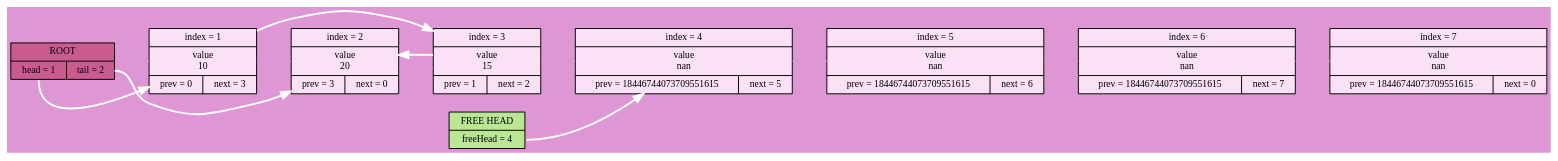
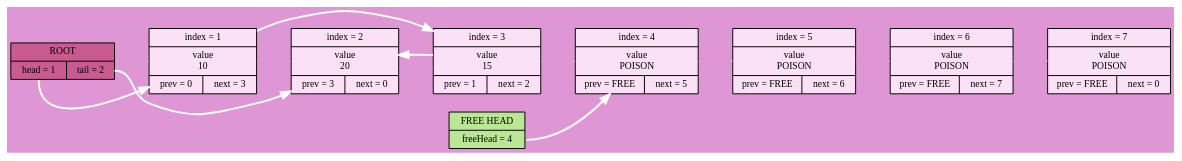
The diagram in log/dot/iter5.dot (Wool5443/LinkedList), drawn with Graphviz before and after one commit. The commit also changed 38 other files, not shown here.

```diff
--- a/log/dot/iter5.dot
+++ b/log/dot/iter5.dot
@@ -1,20 +1,20 @@
 digraph
 {
 rankdir = LR;
 node[shape = record, color = "#000000", fontname = "Fira Code Bold", fontsize = 10];
 bgcolor = "#de97d4";
 ROOT[style = "filled", fillcolor = "#c95b90", label = "ROOT|{<head>head = 1|<tail>tail = 2}"];
 FREE_HEAD[style = "filled", fillcolor = "#b9e793", label = "FREE HEAD|<freeHead>freeHead = 4"];
 CELL_1[style = "filled", fillcolor = "#fae1f6", label = "index = 1|value\n10|{prev = 0|next = 3}"];
 CELL_2[style = "filled", fillcolor = "#fae1f6", label = "index = 2|value\n20|{prev = 3|next = 0}"];
 CELL_3[style = "filled", fillcolor = "#fae1f6", label = "index = 3|value\n15|{prev = 1|next = 2}"];
-CELL_4[style = "filled", fillcolor = "#fae1f6", label = "index = 4|value\nnan|{prev = 18446744073709551615|next = 5}"];
-CELL_5[style = "filled", fillcolor = "#fae1f6", label = "index = 5|value\nnan|{prev = 18446744073709551615|next = 6}"];
-CELL_6[style = "filled", fillcolor = "#fae1f6", label = "index = 6|value\nnan|{prev = 18446744073709551615|next = 7}"];
-CELL_7[style = "filled", fillcolor = "#fae1f6", label = "index = 7|value\nnan|{prev = 18446744073709551615|next = 0}"];
+CELL_4[style = "filled", fillcolor = "#fae1f6", label = "index = 4|value\nPOISON|{prev = FREE|next = 5}"];
+CELL_5[style = "filled", fillcolor = "#fae1f6", label = "index = 5|value\nPOISON|{prev = FREE|next = 6}"];
+CELL_6[style = "filled", fillcolor = "#fae1f6", label = "index = 6|value\nPOISON|{prev = FREE|next = 7}"];
+CELL_7[style = "filled", fillcolor = "#fae1f6", label = "index = 7|value\nPOISON|{prev = FREE|next = 0}"];
 ROOT->CELL_1->CELL_2->CELL_3->CELL_4->CELL_5->CELL_6->CELL_7 [weight = 1000000000, color = "#de97d4"];
 ROOT:head->CELL_1 [style = "bold", color = white];
 ROOT:tail->CELL_2 [style = "bold", color = white];
 CELL_1->CELL_3->CELL_2[style = "bold", color = white];
 FREE_HEAD:freeHead->CELL_4[style = "bold", color = white];
 }
```
